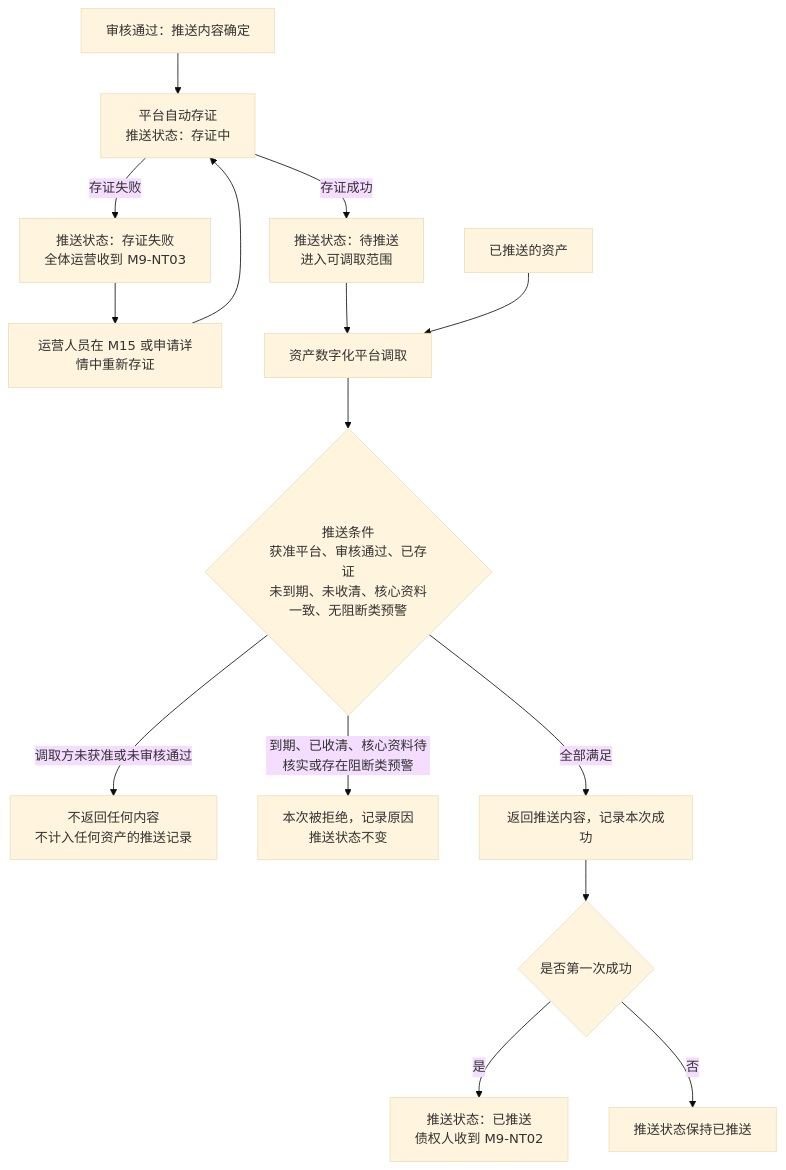
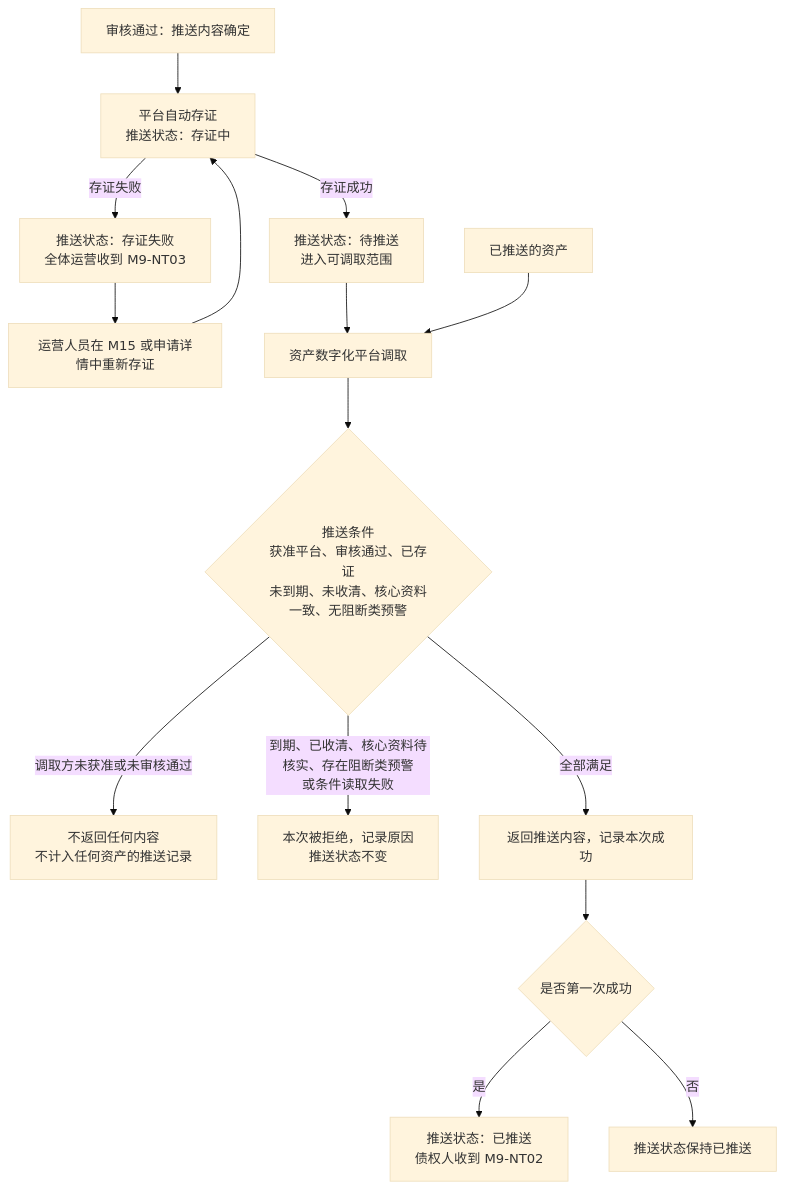
One commit to wxblockchain/Chain-Financing changed the third of 5 diagrams in asset-trust-platform/PRD/运营端/M9-运营审核与资产推送/02-运营审核与资产推送-流程图与状态机.md. Above: the diagram before and after it, drawn with Mermaid (base theme). The commit also changed 4 other files, not shown here.

````diff
--- a/asset-trust-platform/PRD/运营端/M9-运营审核与资产推送/02-运营审核与资产推送-流程图与状态机.md
+++ b/asset-trust-platform/PRD/运营端/M9-运营审核与资产推送/02-运营审核与资产推送-流程图与状态机.md
@@ -64,17 +64,17 @@
 ```mermaid
 flowchart TD
     A[审核通过：推送内容确定] --> B[平台自动存证<br/>推送状态：存证中]
     B -->|存证成功| C[推送状态：待推送<br/>进入可调取范围]
     B -->|存证失败| X[推送状态：存证失败<br/>全体运营收到 M9-NT03]
     X --> R[运营人员在 M15 或申请详情中重新存证]
     R --> B
     C --> Q[资产数字化平台调取]
     P[已推送的资产] --> Q
     Q --> J{推送条件<br/>获准平台、审核通过、已存证<br/>未到期、未收清、核心资料一致、无阻断类预警}
     J -->|调取方未获准或未审核通过| N0[不返回任何内容<br/>不计入任何资产的推送记录]
-    J -->|到期、已收清、核心资料待核实或存在阻断类预警| N1[本次被拒绝，记录原因<br/>推送状态不变]
+    J -->|到期、已收清、核心资料待核实、存在阻断类预警<br/>或条件读取失败| N1[本次被拒绝，记录原因<br/>推送状态不变]
     J -->|全部满足| OK[返回推送内容，记录本次成功]
     OK --> F{是否第一次成功}
     F -->|是| S[推送状态：已推送<br/>债权人收到 M9-NT02]
     F -->|否| K[推送状态保持已推送]
 ```
````
